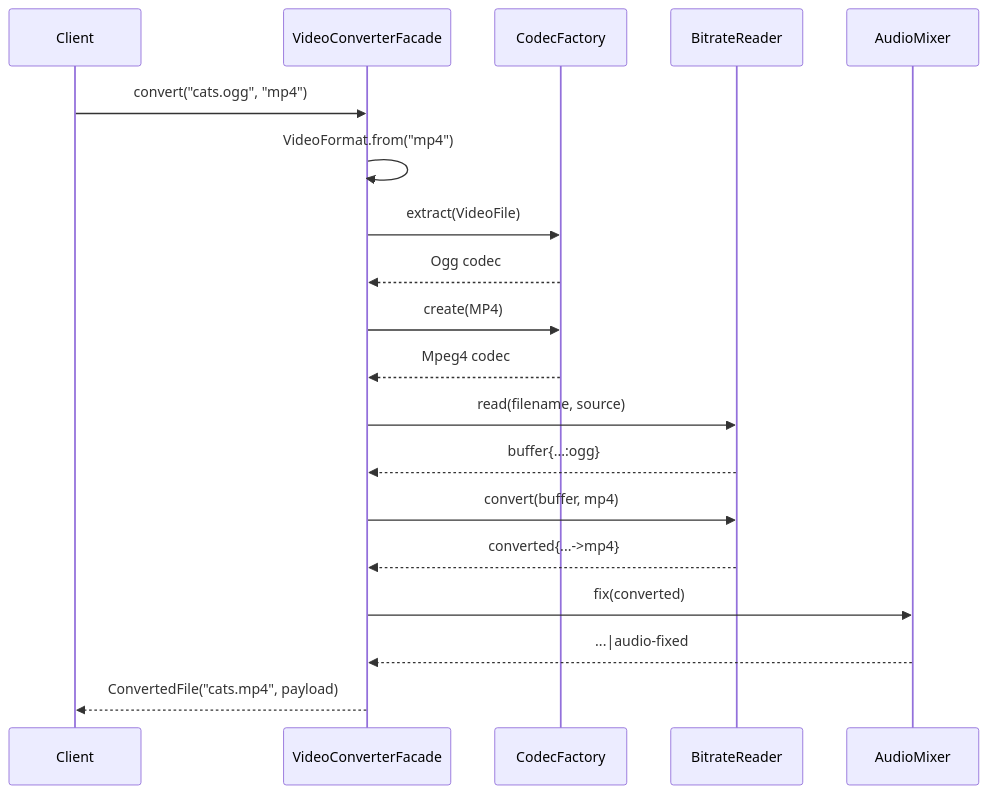
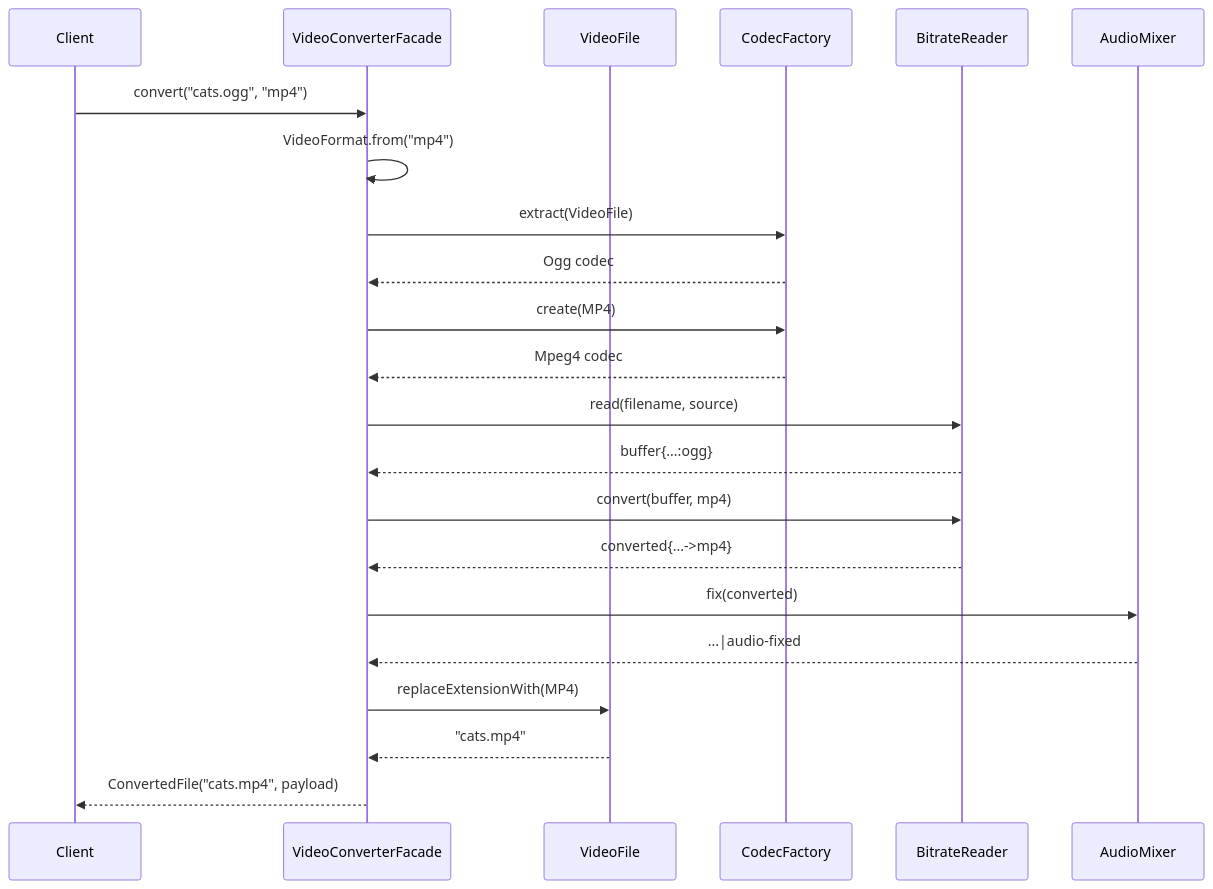
Before and after one commit to TunahanCan/design_pattern: the second of 2 diagrams in src/main/java/com/can/structural/facade/explain/facade.md, drawn with Mermaid. The commit also changed other lines of this file and 34 other files, not shown here.

````diff
--- a/src/main/java/com/can/structural/facade/explain/facade.md
+++ b/src/main/java/com/can/structural/facade/explain/facade.md
@@ -161,22 +167,25 @@
 ```mermaid
 sequenceDiagram
     participant Client
     participant Facade as VideoConverterFacade
+    participant File as VideoFile
     participant Factory as CodecFactory
     participant Reader as BitrateReader
     participant Mixer as AudioMixer
 
     Client->>Facade: convert("cats.ogg", "mp4")
     Facade->>Facade: VideoFormat.from("mp4")
     Facade->>Factory: extract(VideoFile)
     Factory-->>Facade: Ogg codec
     Facade->>Factory: create(MP4)
     Factory-->>Facade: Mpeg4 codec
     Facade->>Reader: read(filename, source)
     Reader-->>Facade: buffer{...:ogg}
     Facade->>Reader: convert(buffer, mp4)
     Reader-->>Facade: converted{...->mp4}
     Facade->>Mixer: fix(converted)
     Mixer-->>Facade: ...|audio-fixed
+    Facade->>File: replaceExtensionWith(MP4)
+    File-->>Facade: "cats.mp4"
     Facade-->>Client: ConvertedFile("cats.mp4", payload)
 ```
````
